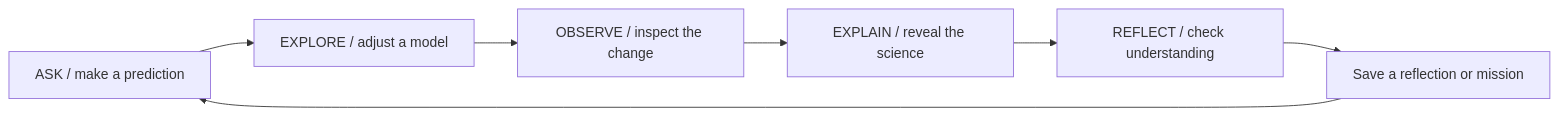
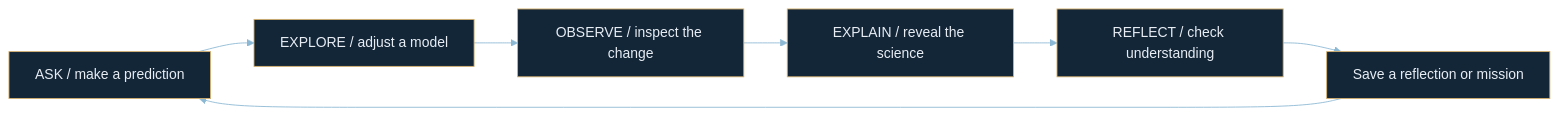
Before and after one commit to Kaashviw3spaces/NASA-spherex-sky-explorer: the fourth of 5 diagrams in README.md, drawn with Mermaid. The commit also changed other lines of this file and 2 other files, not shown here.

````diff
--- a/README.md
+++ b/README.md
@@ -122,9 +167,10 @@
 ```mermaid
+%%{init: {"theme": "base", "themeVariables": {"background": "#07090E", "primaryColor": "#132638", "primaryTextColor": "#E8EDF4", "primaryBorderColor": "#D8B26E", "lineColor": "#8BB8D4", "secondaryColor": "#193B3C", "tertiaryColor": "#2B243D", "fontFamily": "Arial"}}}%%
 flowchart LR
     Ask[ASK / make a prediction] --> Explore[EXPLORE / adjust a model]
     Explore --> Observe[OBSERVE / inspect the change]
     Observe --> Explain[EXPLAIN / reveal the science]
     Explain --> Reflect[REFLECT / check understanding]
     Reflect --> Journal[Save a reflection or mission]
     Journal --> Ask
 ```
````
